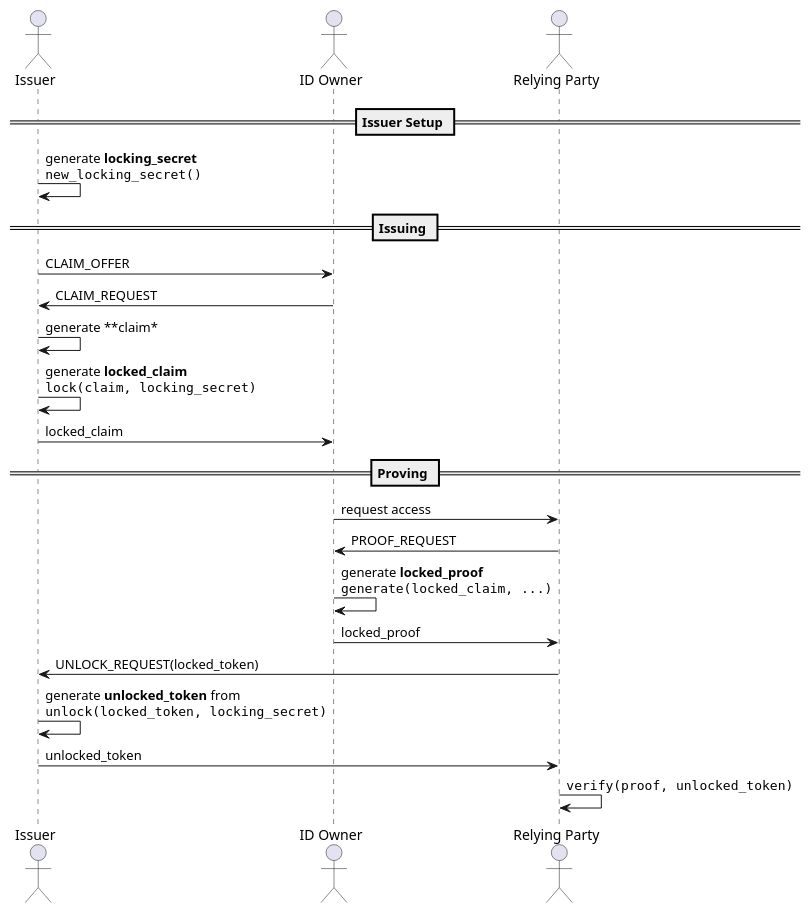
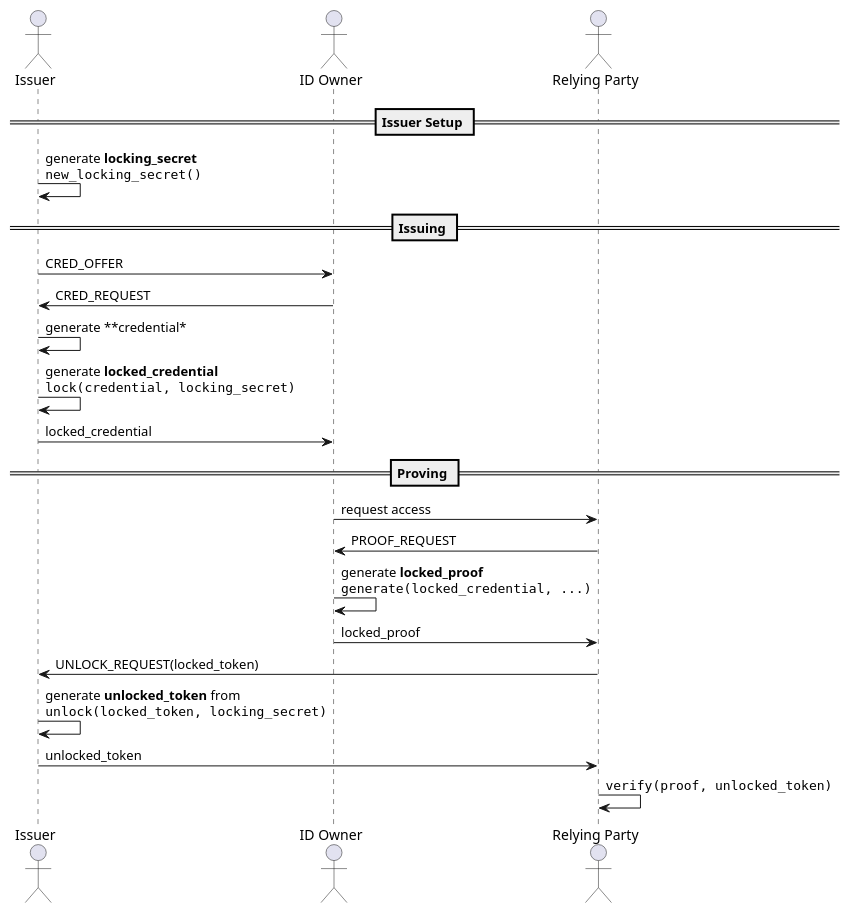
The diagram in unlocking_seq.puml (sovrin-foundation/protocol), drawn with PlantUML before and after one commit. The commit also changed 10 other files, not shown here.

Commit message:
changed claim to credential

```diff
--- a/unlocking_seq.puml
+++ b/unlocking_seq.puml
@@ -1,23 +1,23 @@
 @startuml
 actor Issuer as i
 actor "ID Owner" as ido
 actor "Relying Party" as rp
 == Issuer Setup ==
 i -> i : generate **locking_secret**\n""new_locking_secret()""
 == Issuing ==
-i -> ido : CLAIM_OFFER
-i <- ido : CLAIM_REQUEST
-i -> i : generate **claim*
-i -> i : generate **locked_claim**\n""lock(claim, locking_secret)""
-i -> ido : locked_claim
+i -> ido : CRED_OFFER
+i <- ido : CRED_REQUEST
+i -> i : generate **credential*
+i -> i : generate **locked_credential**\n""lock(credential, locking_secret)""
+i -> ido : locked_credential
 == Proving ==
 ido -> rp : request access
 ido <- rp : PROOF_REQUEST
-ido -> ido : generate **locked_proof** \n""generate(locked_claim, ...)""
+ido -> ido : generate **locked_proof** \n""generate(locked_credential, ...)""
 ido -> rp: locked_proof
 i <- rp : UNLOCK_REQUEST(locked_token)
 i -> i : generate **unlocked_token** from \n""unlock(locked_token, locking_secret)""
 i -> rp: unlocked_token
 rp -> rp: ""verify(proof, unlocked_token)""
 
 @enduml
```
